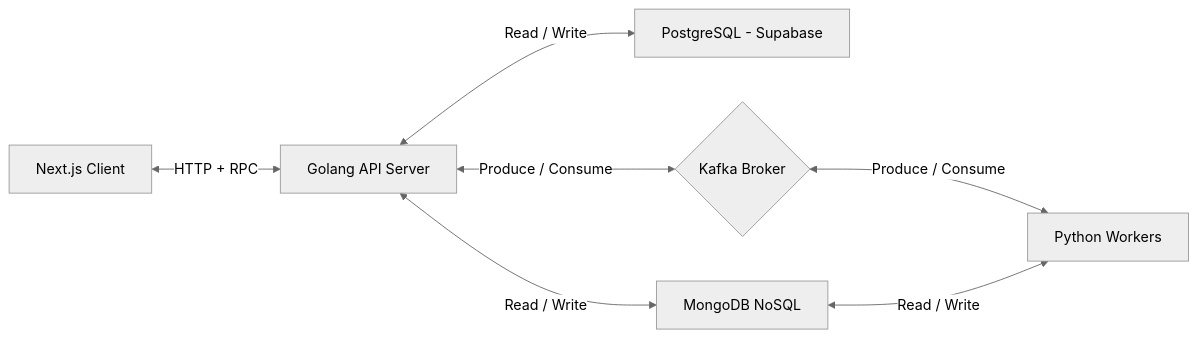
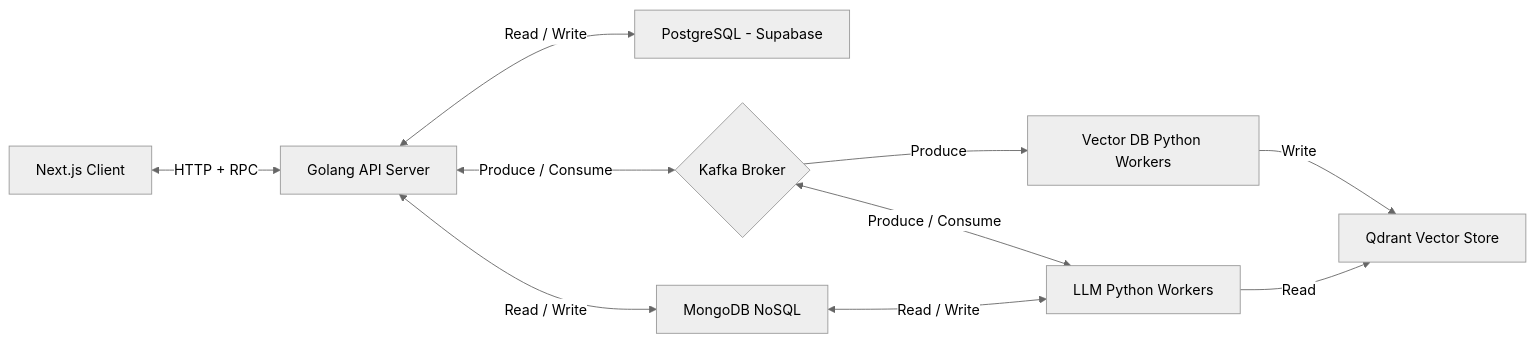
One commit to kyshu11027/financial-chatbot changed the diagram in README.md. Above: the diagram before and after it, drawn with Mermaid (neutral theme). The commit also changed other lines of this file, not shown here.

````diff
--- a/README.md
+++ b/README.md
@@ -14,21 +14,26 @@
 ```mermaid
 flowchart LR
   Postgres[PostgreSQL - Supabase]
   MongoDB[MongoDB NoSQL]
 
   GolangAPI[Golang API Server]
-  PythonWorker[Python Workers]
+  LLMPythonWorker[LLM Python Workers]
+  VectorDBWorker[Vector DB Python Workers]
+  Qdrant[Qdrant Vector Store]
   Kafka{Kafka Broker}
 
   Client[Next.js Client]
 
   Client <-->|HTTP + RPC| GolangAPI
   GolangAPI <-->|Read / Write| Postgres
 
   GolangAPI <-->|Produce / Consume| Kafka
 
-  Kafka <-->|Produce / Consume| PythonWorker
+  Kafka <-->|Produce / Consume| LLMPythonWorker
+  Kafka -->|Produce| VectorDBWorker
+  VectorDBWorker --> |Write| Qdrant
+  LLMPythonWorker --> |Read| Qdrant
 
   GolangAPI <-->|Read / Write| MongoDB
-  MongoDB <--> |Read / Write| PythonWorker
+  MongoDB <--> |Read / Write| LLMPythonWorker
 ```
````
